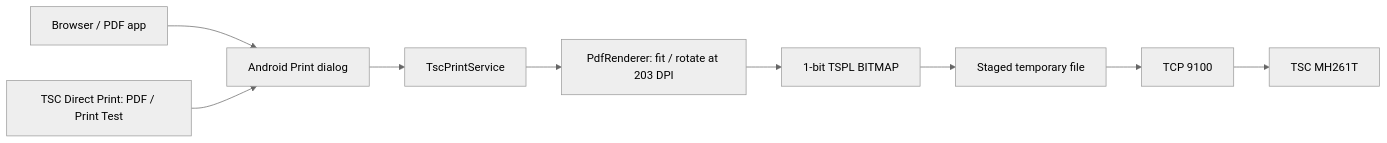
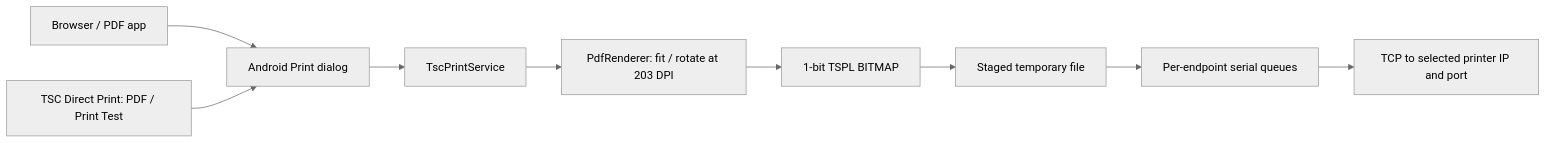
Before and after one commit to FlintsLabs/tsc-android-print: the diagram in docs/architecture.md, drawn with Mermaid (neutral theme). The commit also changed other lines of this file and 31 other files, not shown here.

Commit message:
feat: add multi-printer profiles and per-printer settings (1.3.3)

````diff
--- a/docs/architecture.md
+++ b/docs/architecture.md
@@ -3,11 +3,11 @@
 ```mermaid
 flowchart LR
     A[Browser / PDF app] --> B[Android Print dialog]
     C[TSC Direct Print: PDF / Print Test] --> B
     B --> D[TscPrintService]
     D --> E[PdfRenderer: fit / rotate at 203 DPI]
     E --> F[1-bit TSPL BITMAP]
     F --> G[Staged temporary file]
-    G --> H[TCP 9100]
-    H --> I[TSC MH261T]
+    G --> H[Per-endpoint serial queues]
+    H --> I[TCP to selected printer IP and port]
 ```
````
